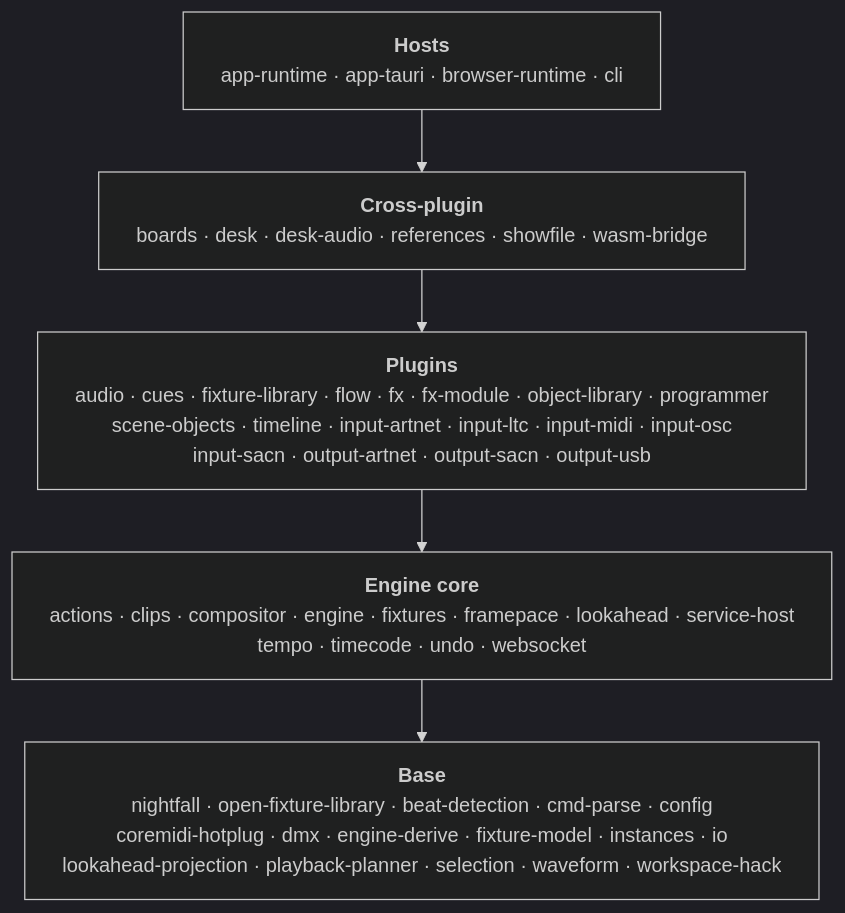
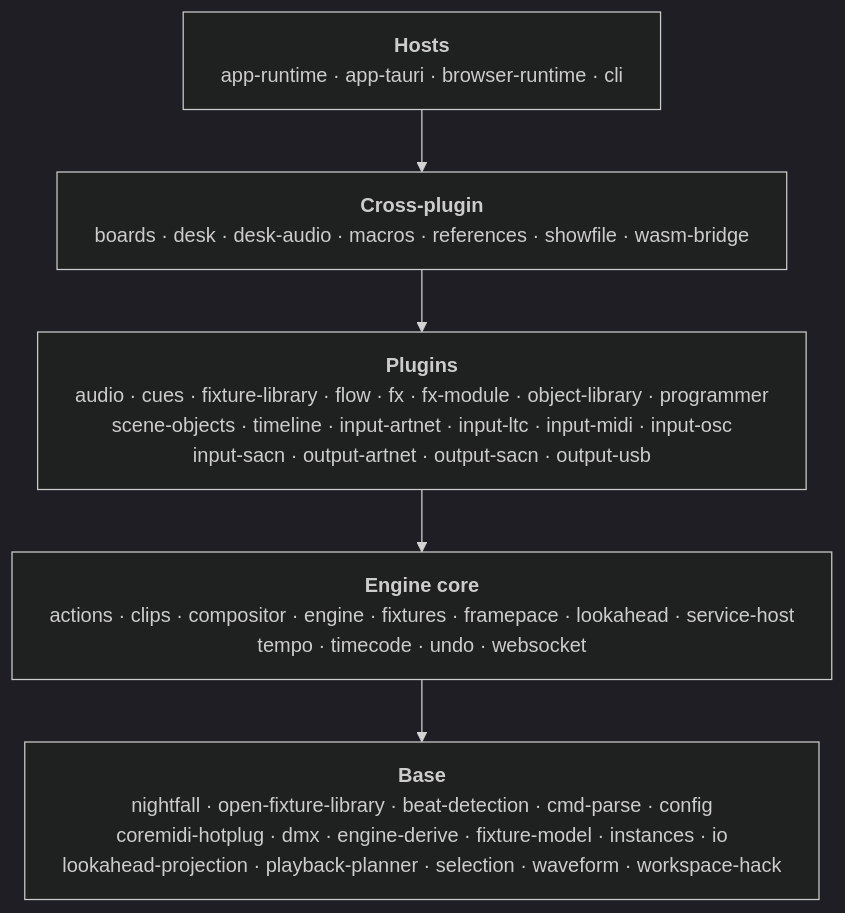
One commit to stewartadam/nightfall-lightdesk changed the diagram in docs/internal/src/architecture/crate-map.md. Above: the diagram before and after it, drawn with Mermaid (dark theme). The commit also changed other lines of this file and 61 other files, not shown here.

````diff
--- a/docs/internal/src/architecture/crate-map.md
+++ b/docs/internal/src/architecture/crate-map.md
@@ -13,16 +13,16 @@
 ```mermaid
 ---
 config:
   flowchart:
     wrappingWidth: 600
 ---
 flowchart TB
   accTitle: Crate layers, their crates, and allowed dependencies
   accDescr: Five layers from hosts down to base, each listing its crates. Each layer may depend on any layer below it. Plugin crates may not depend on other plugin crates.
   hosts["<b>Hosts</b><br/>app-runtime · app-tauri · browser-runtime · cli"]
-  crossPlugin["<b>Cross-plugin</b><br/>boards · desk · desk-audio · references · showfile · wasm-bridge"]
+  crossPlugin["<b>Cross-plugin</b><br/>boards · desk · desk-audio · macros · references · showfile · wasm-bridge"]
   plugins["<b>Plugins</b><br/>audio · cues · fixture-library · flow · fx · fx-module · object-library · programmer <br/> scene-objects · timeline · input-artnet · input-ltc · input-midi · input-osc <br /> input-sacn · output-artnet · output-sacn · output-usb"]
   engineCore["<b>Engine core</b><br/>actions · clips · compositor · engine · fixtures · framepace · lookahead · service-host <br /> tempo · timecode · undo · websocket"]
   base["<b>Base</b><br/>nightfall · open-fixture-library · beat-detection · cmd-parse · config <br /> coremidi-hotplug · dmx · engine-derive · fixture-model · instances · io <br /> lookahead-projection · playback-planner · selection · waveform · workspace-hack"]
   hosts --> crossPlugin --> plugins --> engineCore --> base
 ```
````
